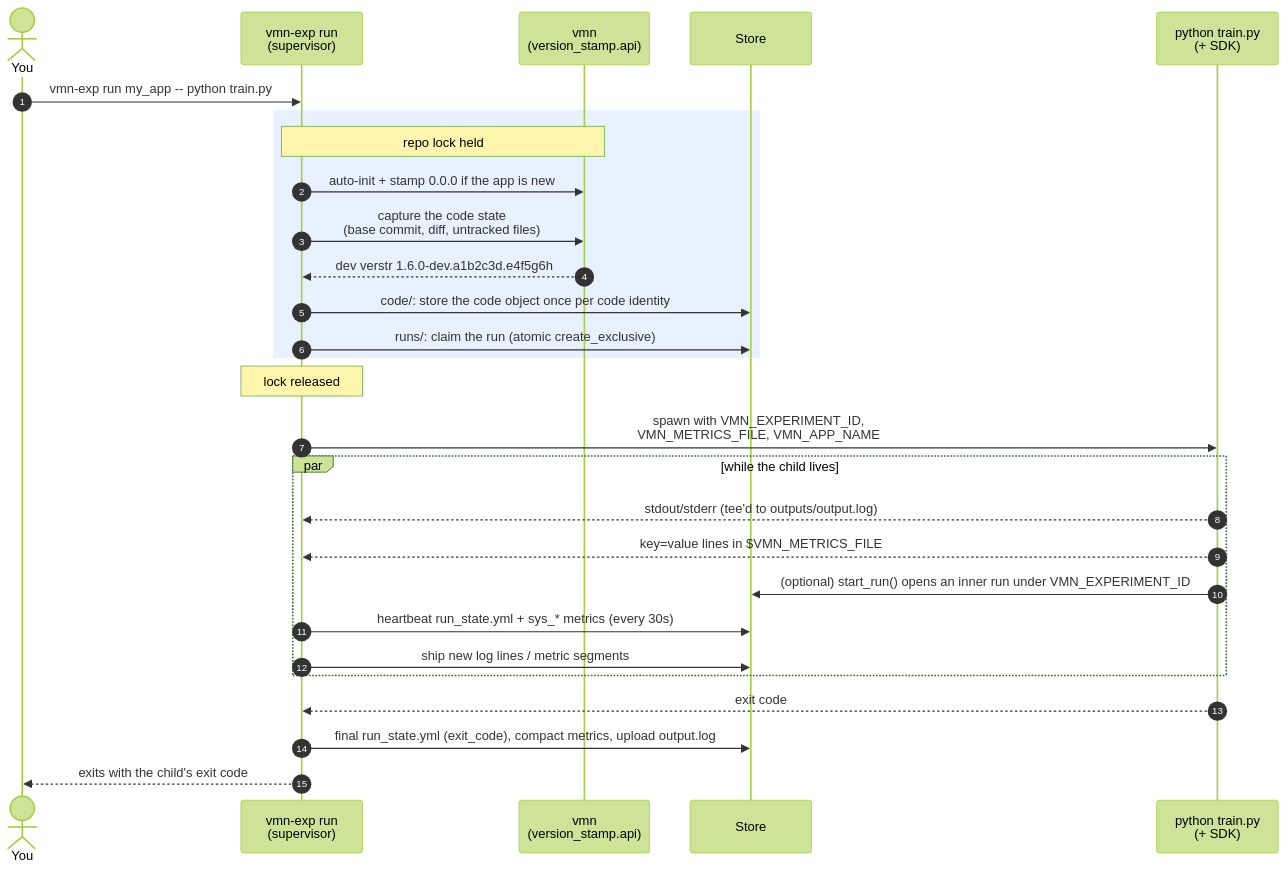
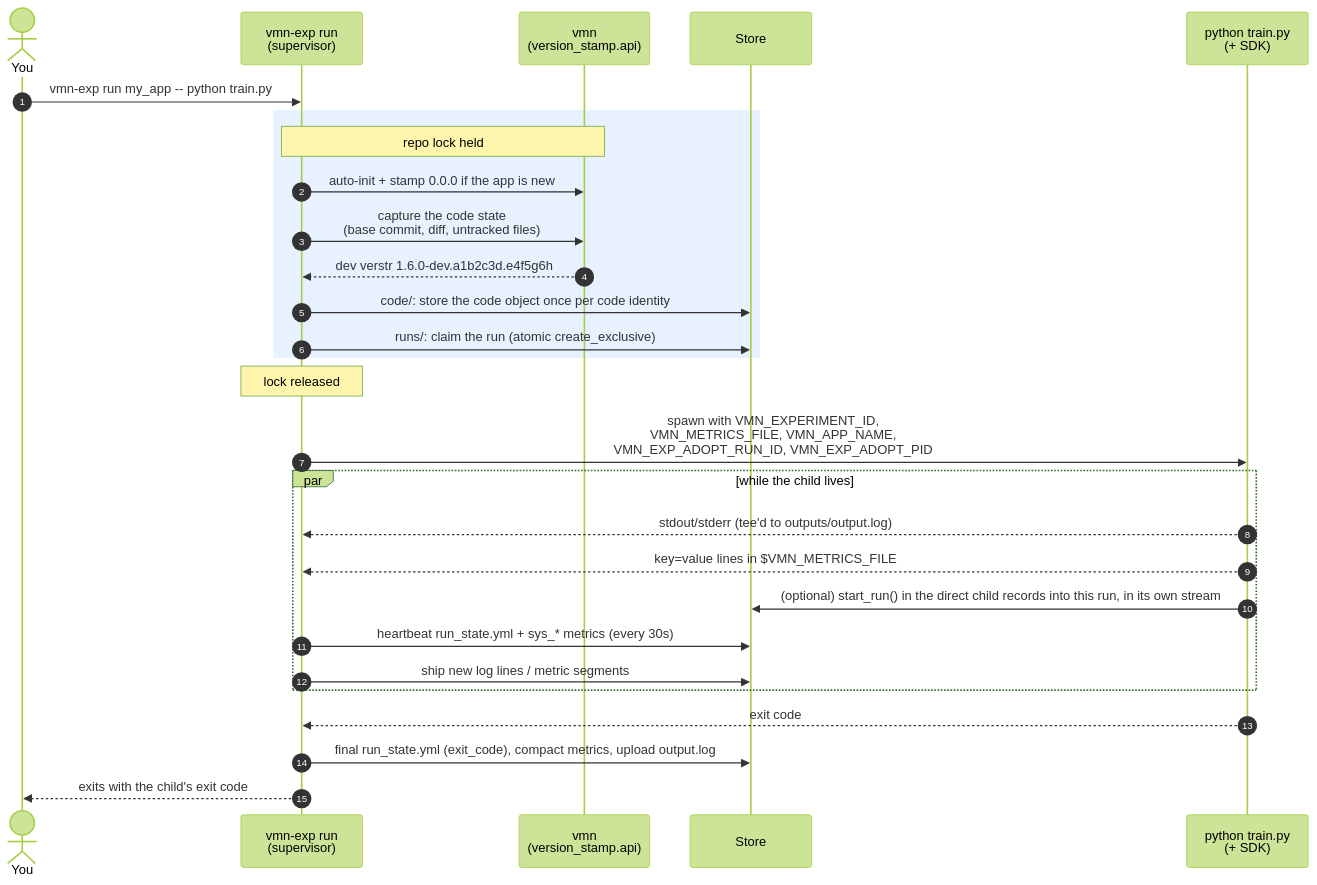
The fifth of 10 diagrams in docs/vmn-exp/architecture.md (progovoy/vmn), drawn with Mermaid (forest theme) before and after one commit. The commit also changed other lines of this file and 24 other files, not shown here.

First line of the commit message:
fix(exp-sdk)!: the script vmn-exp run launched records into the wrapper's run, in a stream of its own (plan 38 A5)

````diff
--- a/docs/vmn-exp/architecture.md
+++ b/docs/vmn-exp/architecture.md
@@ -216,31 +216,31 @@
 ```mermaid
 sequenceDiagram
     autonumber
     actor U as You
     participant X as vmn-exp run<br/>(supervisor)
     participant V as vmn<br/>(version_stamp.api)
     participant S as Store
     participant J as python train.py<br/>(+ SDK)
 
     U->>X: vmn-exp run my_app -- python train.py
     rect rgb(232, 241, 255)
     note over X,V: repo lock held
     X->>V: auto-init + stamp 0.0.0 if the app is new
     X->>V: capture the code state<br/>(base commit, diff, untracked files)
     V-->>X: dev verstr 1.6.0-dev.a1b2c3d.e4f5g6h
     X->>S: code/: store the code object once per code identity
     X->>S: runs/: claim the run (atomic create_exclusive)
     end
     note over X: lock released
-    X->>J: spawn with VMN_EXPERIMENT_ID,<br/>VMN_METRICS_FILE, VMN_APP_NAME
+    X->>J: spawn with VMN_EXPERIMENT_ID,<br/>VMN_METRICS_FILE, VMN_APP_NAME,<br/>VMN_EXP_ADOPT_RUN_ID, VMN_EXP_ADOPT_PID
     par while the child lives
         J-->>X: stdout/stderr (tee'd to outputs/output.log)
         J-->>X: key=value lines in $VMN_METRICS_FILE
-        J->>S: (optional) start_run() opens an inner run under VMN_EXPERIMENT_ID
+        J->>S: (optional) start_run() in the direct child records into this run, in its own stream
         X->>S: heartbeat run_state.yml + sys_* metrics (every 30s)
         X->>S: ship new log lines / metric segments
     end
     J-->>X: exit code
     X->>S: final run_state.yml (exit_code), compact metrics, upload output.log
     X-->>U: exits with the child's exit code
 ```
````
